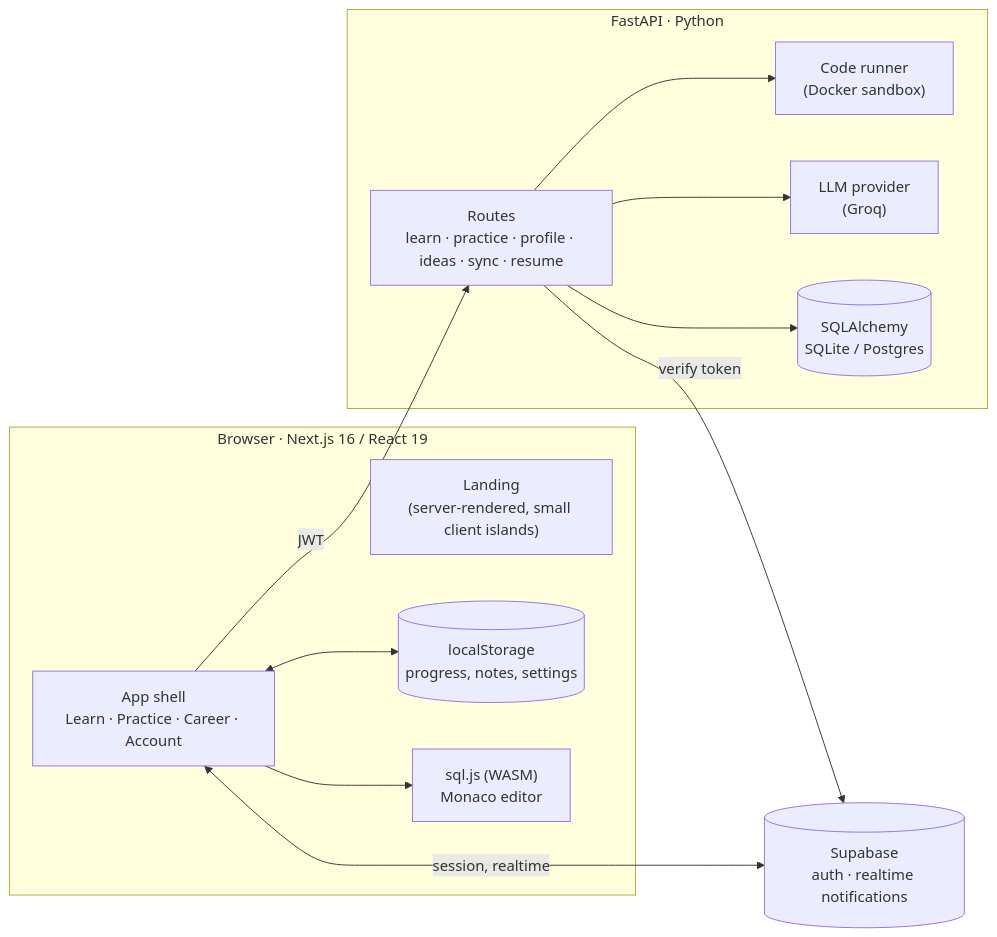
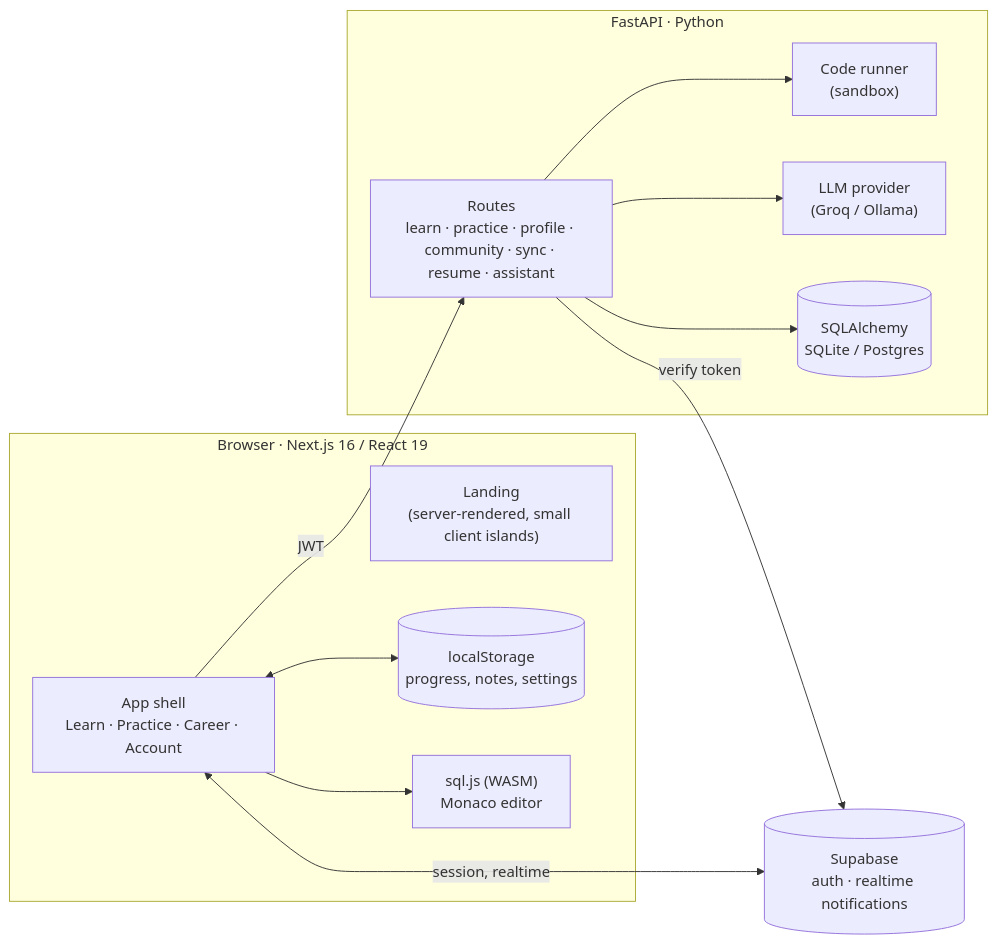
Before and after one commit to Vamsee295/StudyHub: the third of 3 diagrams in README.md, drawn with Mermaid. The commit also changed other lines of this file and 18 other files, not shown here.

````diff
--- a/README.md
+++ b/README.md
@@ -111,27 +278,27 @@
 ```mermaid
 flowchart LR
     subgraph Browser["Browser · Next.js 16 / React 19"]
         L["Landing<br/>(server-rendered, small client islands)"]
         A["App shell<br/>Learn · Practice · Career · Account"]
         LS[("localStorage<br/>progress, notes, settings")]
         W["sql.js (WASM)<br/>Monaco editor"]
     end
 
     subgraph API["FastAPI · Python"]
-        R["Routes<br/>learn · practice · profile · ideas · sync · resume"]
-        X["Code runner<br/>(Docker sandbox)"]
-        AI["LLM provider<br/>(Groq)"]
+        R["Routes<br/>learn · practice · profile · community · sync · resume · assistant"]
+        X["Code runner<br/>(sandbox)"]
+        AI["LLM provider<br/>(Groq / Ollama)"]
         DB[("SQLAlchemy<br/>SQLite / Postgres")]
     end
 
     SB[("Supabase<br/>auth · realtime notifications")]
 
     A -- "JWT" --> R
     A <--> LS
     A --> W
     A <-- "session, realtime" --> SB
     R --> DB
     R --> X
     R --> AI
     R -- "verify token" --> SB
 ```
````
